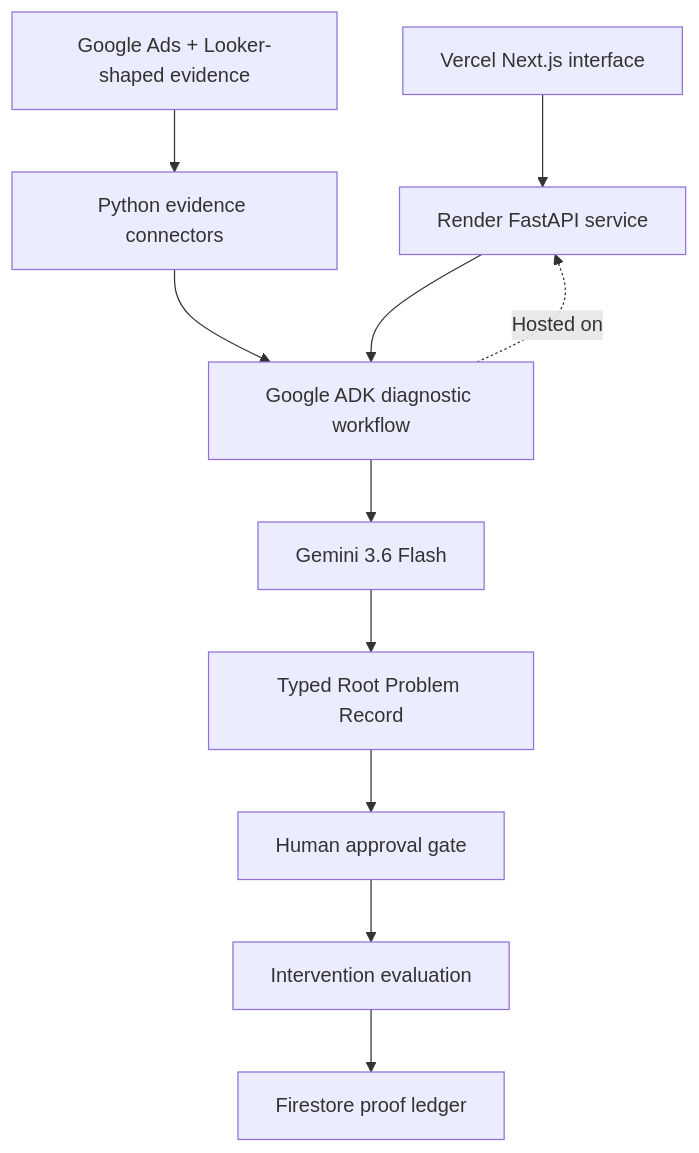
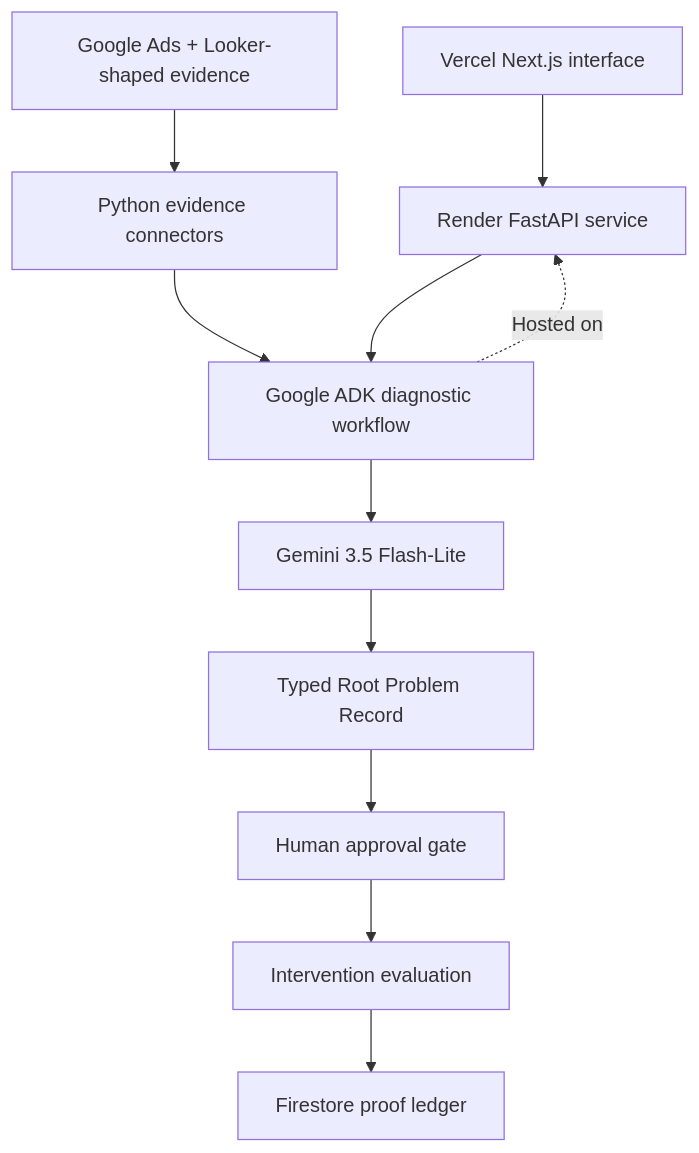
The first of 2 diagrams in ARCHITECTURE.md (vivienk/proofloop), drawn with Mermaid before and after one commit. The commit also changed 7 other files, not shown here.

Commit message:
Align production with Gemini 3.5 Flash-Lite

````diff
--- a/ARCHITECTURE.md
+++ b/ARCHITECTURE.md
@@ -3,13 +3,13 @@
 ```mermaid
 flowchart TD
     A["Vercel Next.js interface"] --> B["Render FastAPI service"]
     C["Google Ads + Looker-shaped evidence"] --> D["Python evidence connectors"]
     D --> E["Google ADK diagnostic workflow"]
     B --> E
-    E --> F["Gemini 3.6 Flash"]
+    E --> F["Gemini 3.5 Flash-Lite"]
     F --> G["Typed Root Problem Record"]
     G --> H["Human approval gate"]
     H --> I["Intervention evaluation"]
     I --> J["Firestore proof ledger"]
     E -. "Hosted on" .-> B
 ```
````
